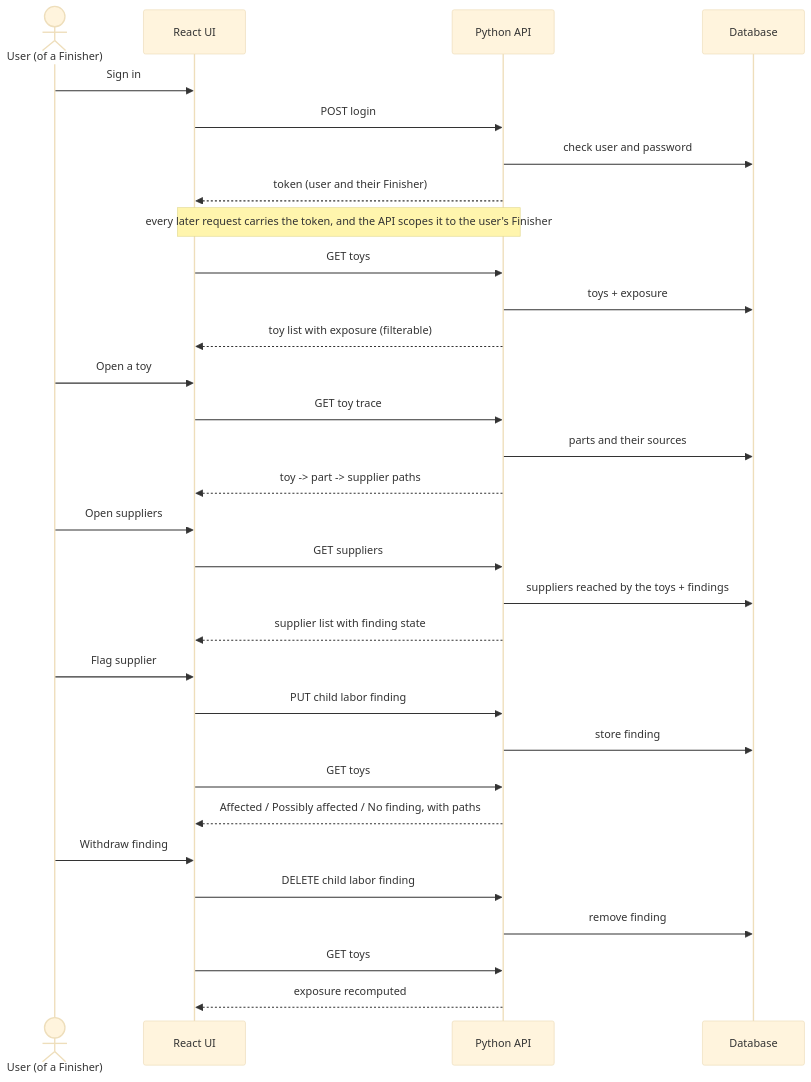
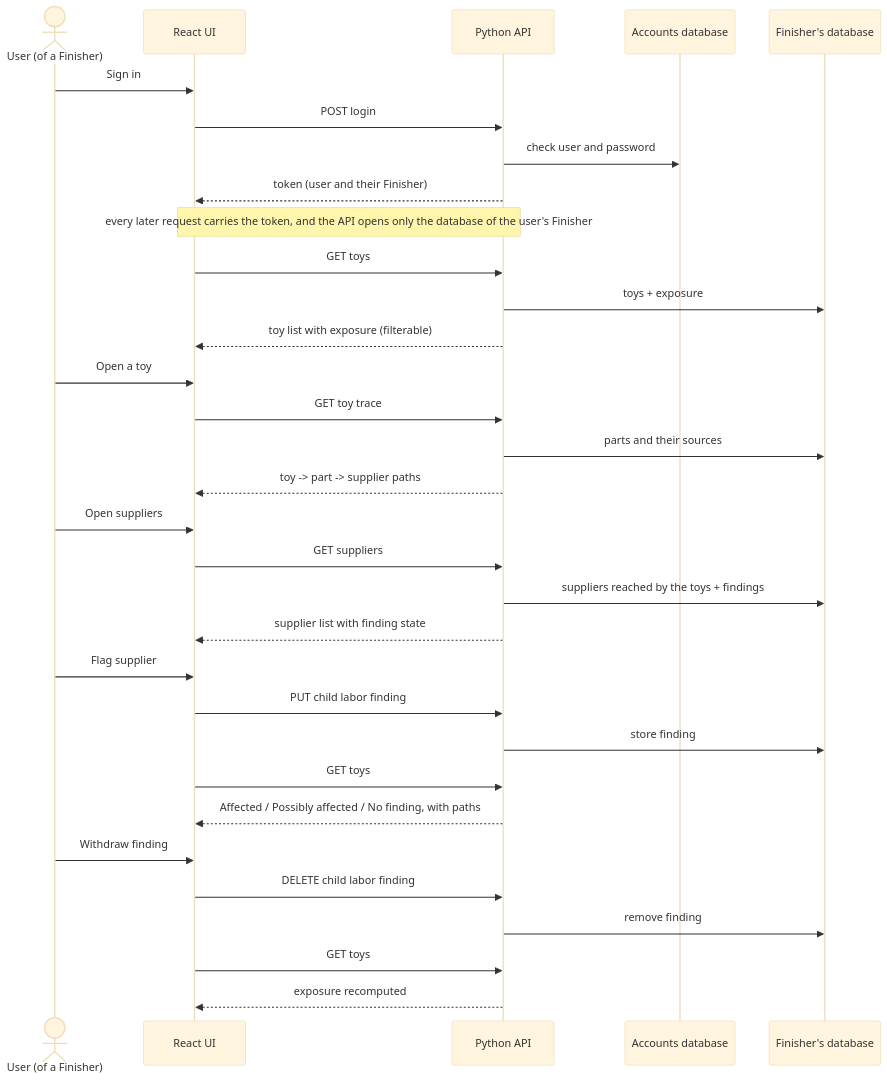
The second of 5 diagrams in docs/design.md (take-home-tract/FairToy), drawn with Mermaid (base theme) before and after one commit. The commit also changed other lines of this file and 4 other files, not shown here.

First line of the commit message:
Docs: one database per Finisher, pre-build fixes

````diff
--- a/docs/design.md
+++ b/docs/design.md
@@ -24,39 +26,40 @@
 ```mermaid
 sequenceDiagram
     actor F as User (of a Finisher)
     participant UI as React UI
     participant API as Python API
-    participant DB as Database
+    participant ACC as Accounts database
+    participant DB as Finisher's database
 
     F->>UI: Sign in
     UI->>API: POST login
-    API->>DB: check user and password
+    API->>ACC: check user and password
     API-->>UI: token (user and their Finisher)
 
-    Note over UI,API: every later request carries the token, and the API scopes it to the user's Finisher
+    Note over UI,API: every later request carries the token, and the API opens only the database of the user's Finisher
     UI->>API: GET toys
     API->>DB: toys + exposure
     API-->>UI: toy list with exposure (filterable)
 
     F->>UI: Open a toy
     UI->>API: GET toy trace
     API->>DB: parts and their sources
     API-->>UI: toy -> part -> supplier paths
 
     F->>UI: Open suppliers
     UI->>API: GET suppliers
     API->>DB: suppliers reached by the toys + findings
     API-->>UI: supplier list with finding state
 
     F->>UI: Flag supplier
     UI->>API: PUT child labor finding
     API->>DB: store finding
     UI->>API: GET toys
     API-->>UI: Affected / Possibly affected / No finding, with paths
 
     F->>UI: Withdraw finding
     UI->>API: DELETE child labor finding
     API->>DB: remove finding
     UI->>API: GET toys
     API-->>UI: exposure recomputed
 ```
````
